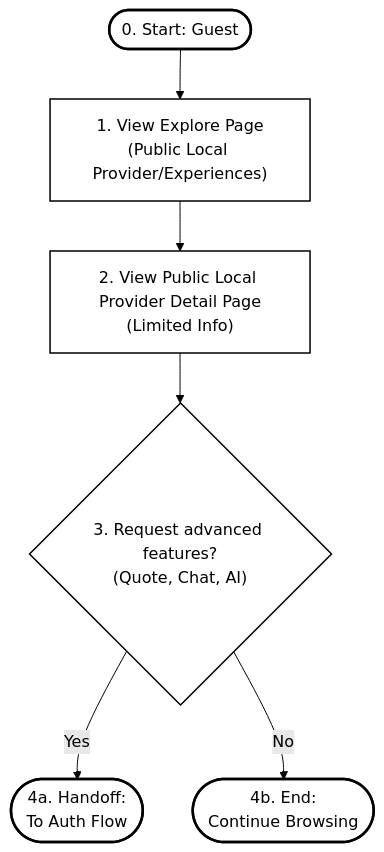
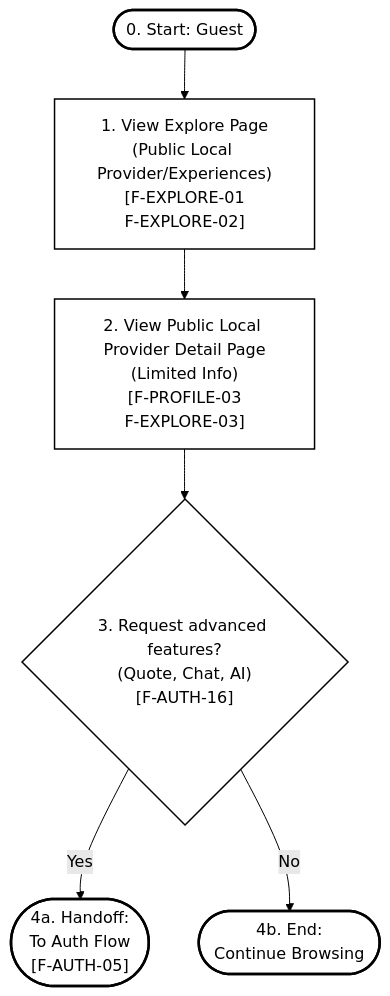
The first of 4 diagrams in docs/spec/docs/architecture/usage flow.md (JustACertainBlue/dbiz3-team-g), drawn with Mermaid (forest theme) before and after one commit. The commit also changed other lines of this file, not shown here.

````diff
--- a/docs/spec/docs/architecture/usage flow.md
+++ b/docs/spec/docs/architecture/usage flow.md
@@ -5,18 +5,17 @@
 ```mermaid
 graph TD
   classDef default fill:#FFFFFF,stroke:#000000,stroke-width:1.5px,color:#000000;
   classDef startend fill:#FFFFFF,stroke:#000000,stroke-width:2.5px,color:#000000;
   G_Start(["0. Start: Guest"])
-  G1["1. View Explore Page\n(Public Local Provider/Experiences)"]
-  G2["2. View Public Local Provider Detail Page\n(Limited Info)"]
-  %% Binary Decision
-  G3{"3. Request advanced features?\n(Quote, Chat, AI)"}
-  G_Handoff(["4a. Handoff:\nTo Auth Flow"])
+  G1["1. View Explore Page\n(Public Local Provider/Experiences)\n[F-EXPLORE-01\nF-EXPLORE-02]"]
+  G2["2. View Public Local Provider Detail Page\n(Limited Info)\n[F-PROFILE-03\nF-EXPLORE-03]"]
+  G3{"3. Request advanced features?\n(Quote, Chat, AI)\n[F-AUTH-16]"}
+  G_Handoff(["4a. Handoff:\nTo Auth Flow\n[F-AUTH-05]"])
   G_End(["4b. End:\nContinue Browsing"])
   G_Start --> G1
   G1 --> G2
   G2 --> G3
   G3 -- "Yes" --> G_Handoff
   G3 -- "No" --> G_End
   class G_Start,G_Handoff,G_End startend;
 ```
````
